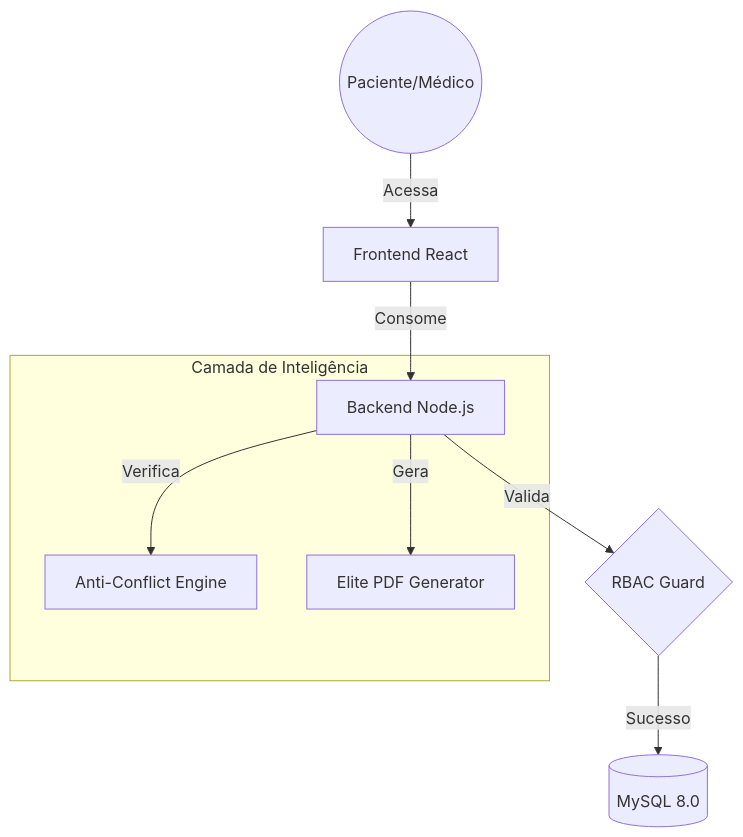
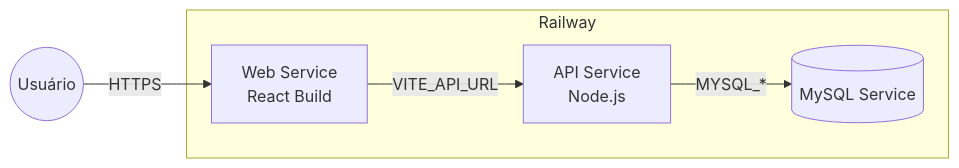
The second of 2 diagrams in README.md (AlexandreCalmonJr/vitalhub-enterprise), drawn with Mermaid before and after one commit. The commit also changed other lines of this file, not shown here.

Commit message:
docs: add architecture improvement highlights to readme

````diff
--- a/README.md
+++ b/README.md
@@ -38,12 +219,13 @@
 ```mermaid
-graph TD
-    User((Paciente/Médico)) -->|Acessa| Web[Frontend React]
-    Web -->|Consome| API[Backend Node.js]
-    API -->|Valida| RBAC{RBAC Guard}
-    RBAC -->|Sucesso| DB[(MySQL 8.0)]
-    
-    subgraph "Camada de Inteligência"
-        API -->|Verifica| Conflict[Anti-Conflict Engine]
-        API -->|Gera| PDF[Elite PDF Generator]
+graph LR
+    subgraph Railway
+        DB[(MySQL Service)]
+        API[API Service<br/>Node.js]
+        WEB[Web Service<br/>React Build]
     end
+
+    WEB -->|"VITE_API_URL"| API
+    API -->|"MYSQL_*"| DB
+
+    USER((Usuário)) -->|"HTTPS"| WEB
 ```
````
